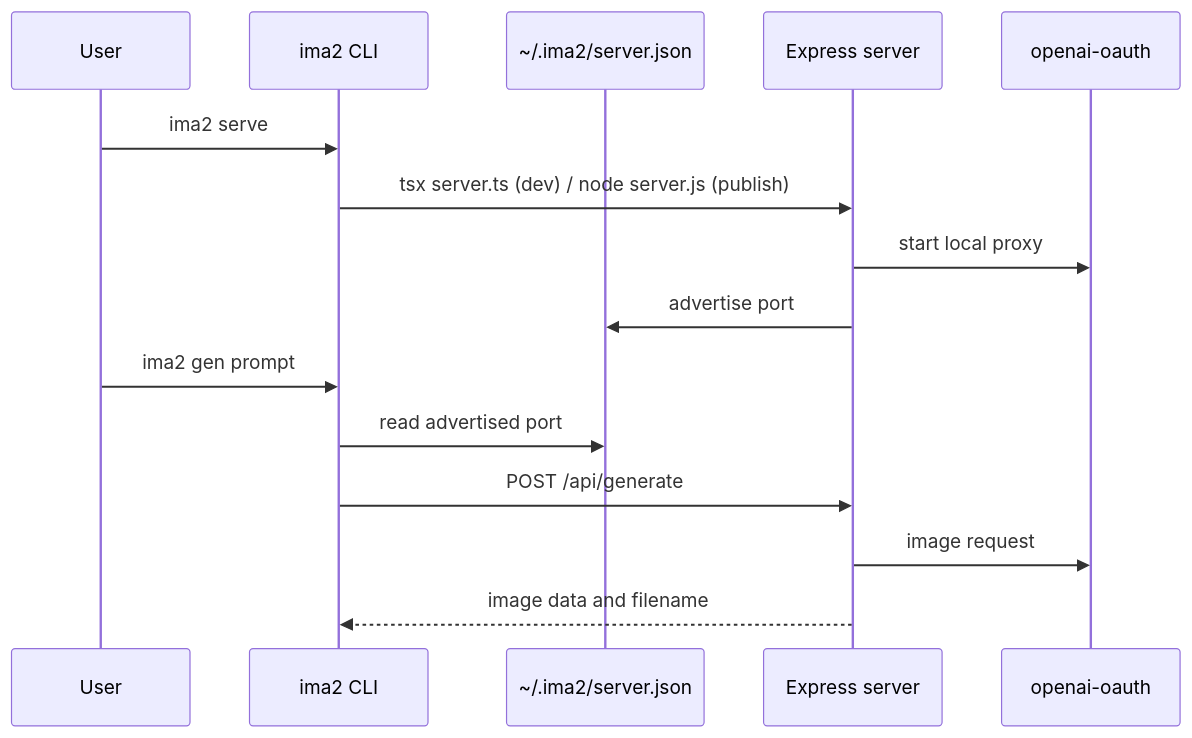
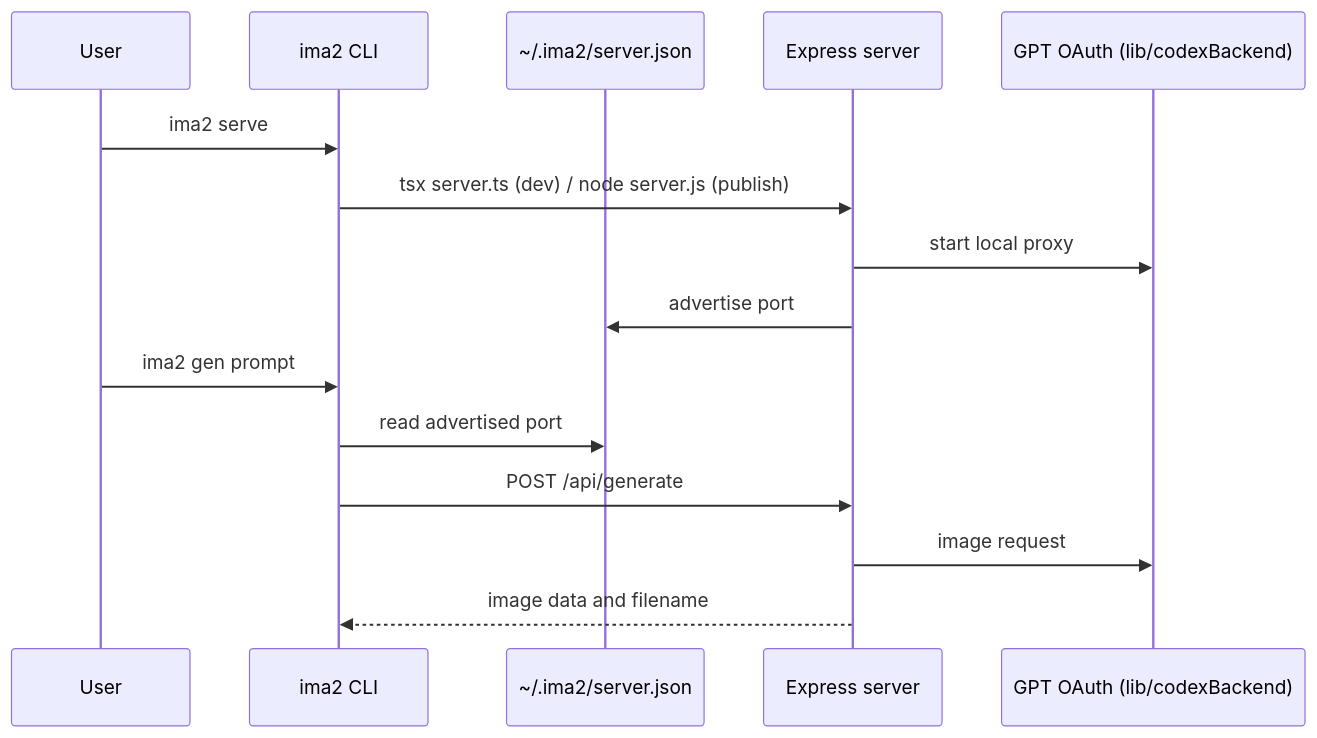
One commit to lidge-ai/ima2-gen changed the diagram in structure/02-command-reference.md. Above: the diagram before and after it, drawn with Mermaid. The commit also changed other lines of this file and 31 other files, not shown here.

First line of the commit message:
docs: GPT OAuth runs in process on GPT-6

````diff
--- a/structure/02-command-reference.md
+++ b/structure/02-command-reference.md
@@ -31,18 +31,18 @@
 ```mermaid
 sequenceDiagram
     participant User as User
     participant CLI as ima2 CLI
     participant Adv as ~/.ima2/server.json
     participant Server as Express server
-    participant OAuth as openai-oauth
+    participant OAuth as GPT OAuth (lib/codexBackend)
 
     User->>CLI: ima2 serve
     CLI->>Server: tsx server.ts (dev) / node server.js (publish)
     Server->>OAuth: start local proxy
     Server->>Adv: advertise port
     User->>CLI: ima2 gen prompt
     CLI->>Adv: read advertised port
     CLI->>Server: POST /api/generate
     Server->>OAuth: image request
     Server-->>CLI: image data and filename
 ```
````
